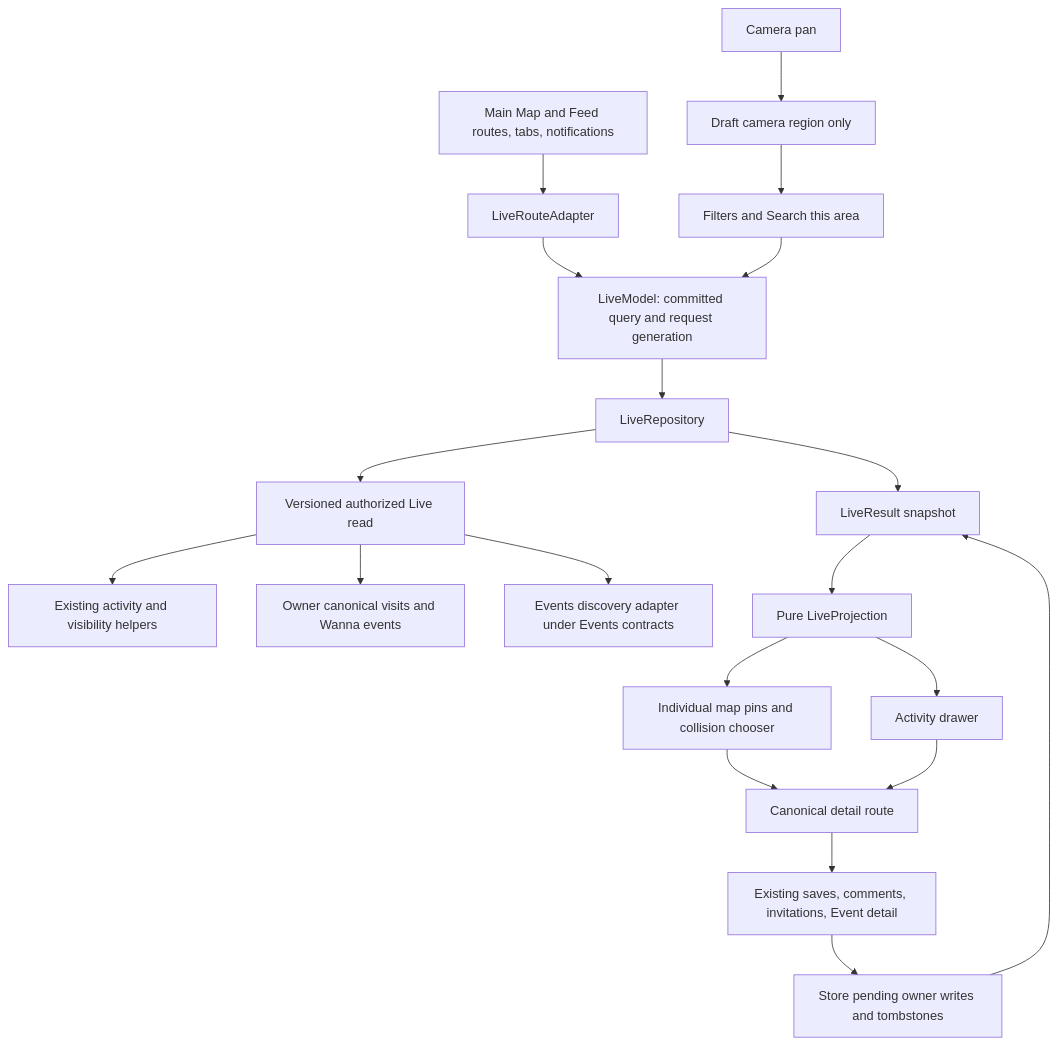
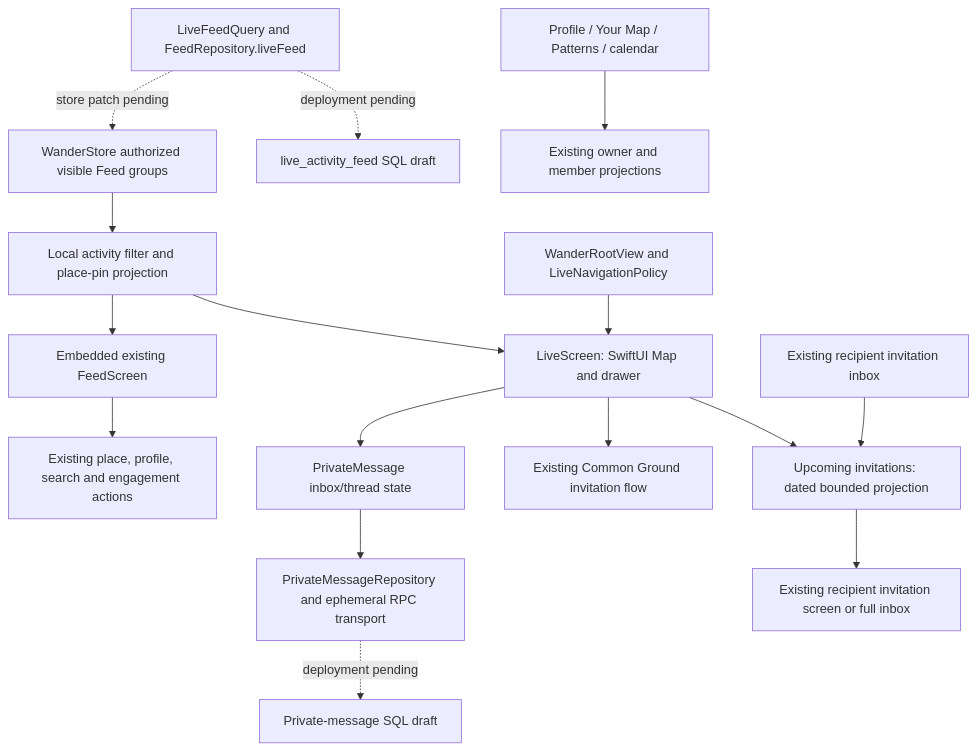
The diagram in docs/designs/astir-live/engineering-plan.md (joelipshutz/wander), drawn with Mermaid before and after one commit. The commit also changed other lines of this file and 78 other files, not shown here.

Commit message:
REC-636 integrate flagged Live shell and private messaging review

````diff
--- a/docs/designs/astir-live/engineering-plan.md
+++ b/docs/designs/astir-live/engineering-plan.md
@@ -66,22 +52,18 @@
 ```mermaid
 flowchart TD
-    A[Main Map and Feed routes, tabs, notifications] --> B[LiveRouteAdapter]
-    B --> C[LiveModel: committed query and request generation]
-    D[Filters and Search this area] --> C
-    E[Camera pan] --> F[Draft camera region only]
-    F --> D
-    C --> G[LiveRepository]
-    G --> H[Versioned authorized Live read]
-    H --> I[Existing activity and visibility helpers]
-    H --> J[Owner canonical visits and Wanna events]
-    H --> K[Events discovery adapter under Events contracts]
-    G --> L[LiveResult snapshot]
-    M[Store pending owner writes and tombstones] --> L
-    L --> N[Pure LiveProjection]
-    N --> O[Individual map pins and collision chooser]
-    N --> P[Activity drawer]
-    O --> Q[Canonical detail route]
-    P --> Q
-    Q --> R[Existing saves, comments, invitations, Event detail]
-    R --> M
+    R[WanderRootView and LiveNavigationPolicy] --> L[LiveScreen: SwiftUI Map and drawer]
+    S[WanderStore authorized visible Feed groups] --> P[Local activity filter and place-pin projection]
+    P --> L
+    P --> F[Embedded existing FeedScreen]
+    F --> A[Existing place, profile, search and engagement actions]
+    L --> M[PrivateMessage inbox/thread state]
+    M --> MR[PrivateMessageRepository and ephemeral RPC transport]
+    MR -. deployment pending .-> MS[Private-message SQL draft]
+    L --> I[Existing Common Ground invitation flow]
+    PI[Existing recipient invitation inbox] --> U[Upcoming invitations: dated bounded projection]
+    L --> U
+    U --> O[Existing recipient invitation screen or full inbox]
+    Q[LiveFeedQuery and FeedRepository.liveFeed] -. store patch pending .-> S
+    Q -. deployment pending .-> SQL[live_activity_feed SQL draft]
+    PM[Profile / Your Map / Patterns / calendar] --> OS[Existing owner and member projections]
 ```
````
